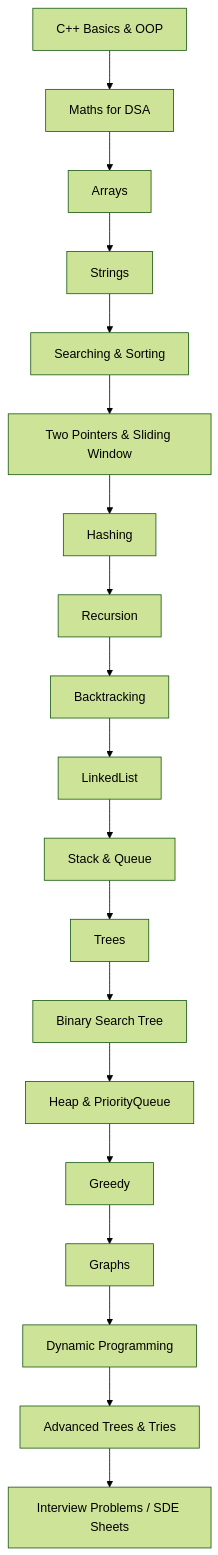
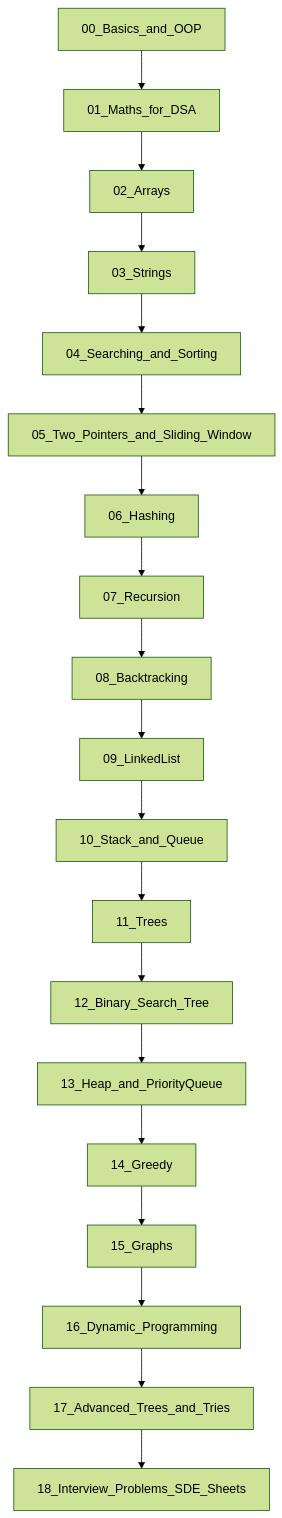
The diagram in readme.md (jafiruzzaman/learn-data-structure-and-algorithm-in-c-plus-plus), drawn with Mermaid (forest theme) before and after one commit. The commit also changed other lines of this file, not shown here.

````diff
--- a/readme.md
+++ b/readme.md
@@ -97,21 +94,22 @@
 ```mermaid
 flowchart TD
-  A[C++ Basics & OOP] --> B[Maths for DSA]
-  B --> C[Arrays]
-  C --> D[Strings]
-  D --> E[Searching & Sorting]
-  E --> F[Two Pointers & Sliding Window]
-  F --> G[Hashing]
-  G --> H[Recursion]
-  H --> I[Backtracking]
-  I --> J[LinkedList]
-  J --> K[Stack & Queue]
-  K --> L[Trees]
-  L --> M[Binary Search Tree]
-  M --> N[Heap & PriorityQueue]
-  N --> O[Greedy]
-  O --> P[Graphs]
-  P --> Q[Dynamic Programming]
-  Q --> R[Advanced Trees & Tries]
-  R --> S[Interview Problems / SDE Sheets]
+  A[00_Basics_and_OOP] --> B[01_Maths_for_DSA]
+  B --> C[02_Arrays]
+  C --> D[03_Strings]
+  D --> E[04_Searching_and_Sorting]
+  E --> F[05_Two_Pointers_and_Sliding_Window]
+  F --> G[06_Hashing]
+  G --> H[07_Recursion]
+  H --> I[08_Backtracking]
+  I --> J[09_LinkedList]
+  J --> K[10_Stack_and_Queue]
+  K --> L[11_Trees]
+  L --> M[12_Binary_Search_Tree]
+  M --> N[13_Heap_and_PriorityQueue]
+  N --> O[14_Greedy]
+  O --> P[15_Graphs]
+  P --> Q[16_Dynamic_Programming]
+  Q --> R[17_Advanced_Trees_and_Tries]
+  R --> S[18_Interview_Problems_SDE_Sheets]
+
 ```
````
